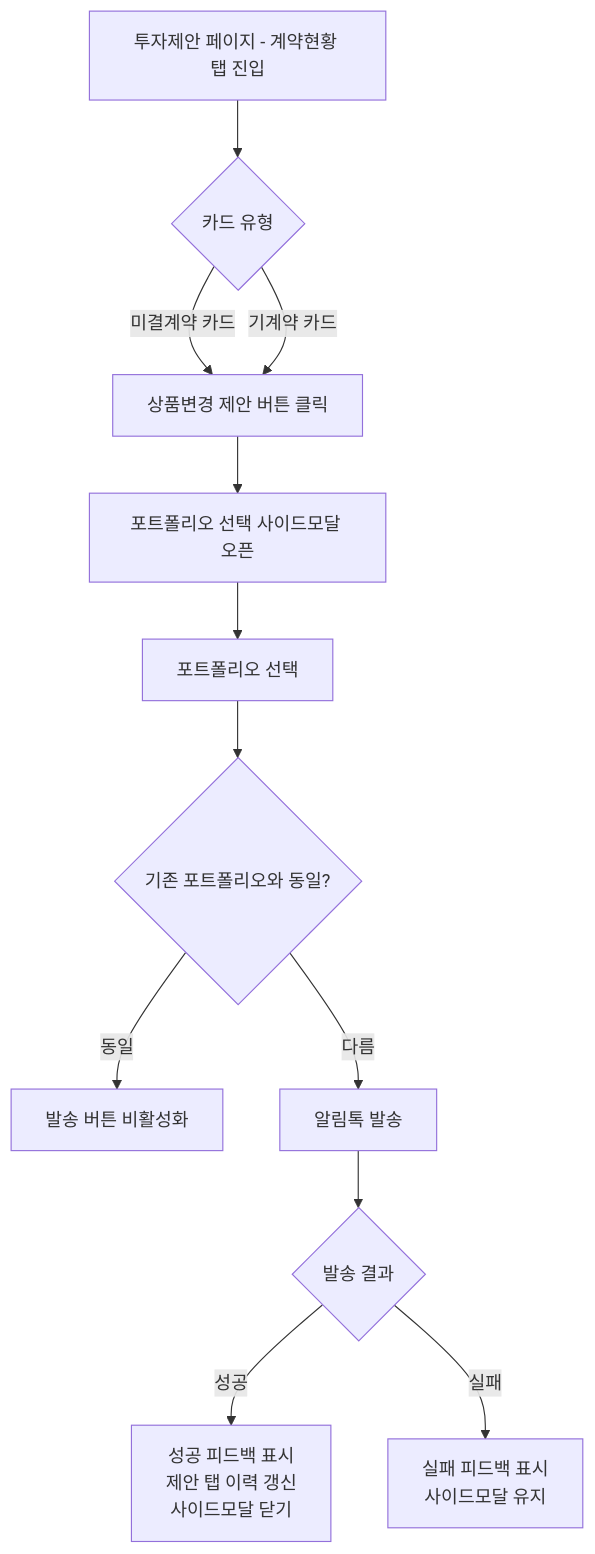
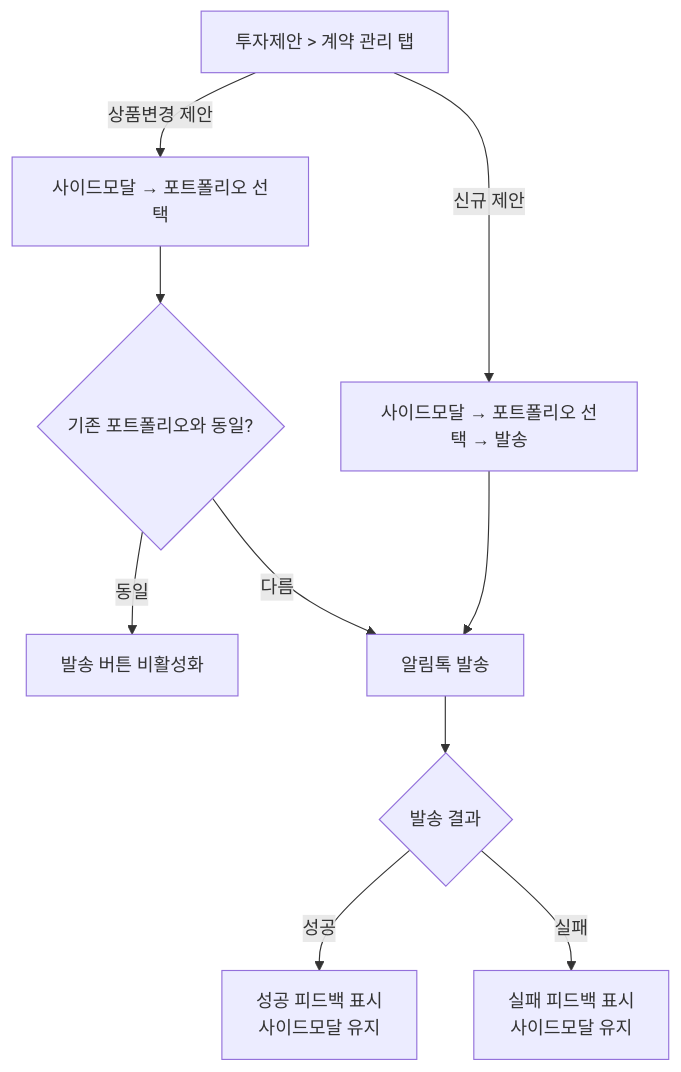
One commit to summer-S2/qb-yj-archive changed the diagram in fa/#1209/SPEC.md. Above: the diagram before and after it, drawn with Mermaid. The commit also changed other lines of this file and 4 other files, not shown here.

````diff
--- a/fa/#1209/SPEC.md
+++ b/fa/#1209/SPEC.md
@@ -42,14 +66,12 @@
 ```mermaid
 flowchart TD
-   A[투자제안 페이지 - 계약현황 탭 진입] --> B{카드 유형}
-   B -->|미결계약 카드| C[상품변경 제안 버튼 클릭]
-   B -->|기계약 카드| C
-   C --> D[포트폴리오 선택 사이드모달 오픈]
-   D --> E[포트폴리오 선택]
-   E --> J{기존 포트폴리오와 동일?}
+   CM[투자제안 > 계약 관리 탭] -->|신규 제안| N[사이드모달 → 포트폴리오 선택 → 발송]
+   CM -->|상품변경 제안| D[사이드모달 → 포트폴리오 선택]
+   D --> J{기존 포트폴리오와 동일?}
    J -->|동일| K[발송 버튼 비활성화]
    J -->|다름| F[알림톡 발송]
+   N --> F
    F --> G{발송 결과}
-   G -->|성공| H[성공 피드백 표시<br/>제안 탭 이력 갱신<br/>사이드모달 닫기]
+   G -->|성공| H[성공 피드백 표시<br/>사이드모달 유지]
    G -->|실패| I[실패 피드백 표시<br/>사이드모달 유지]
 ```
````
